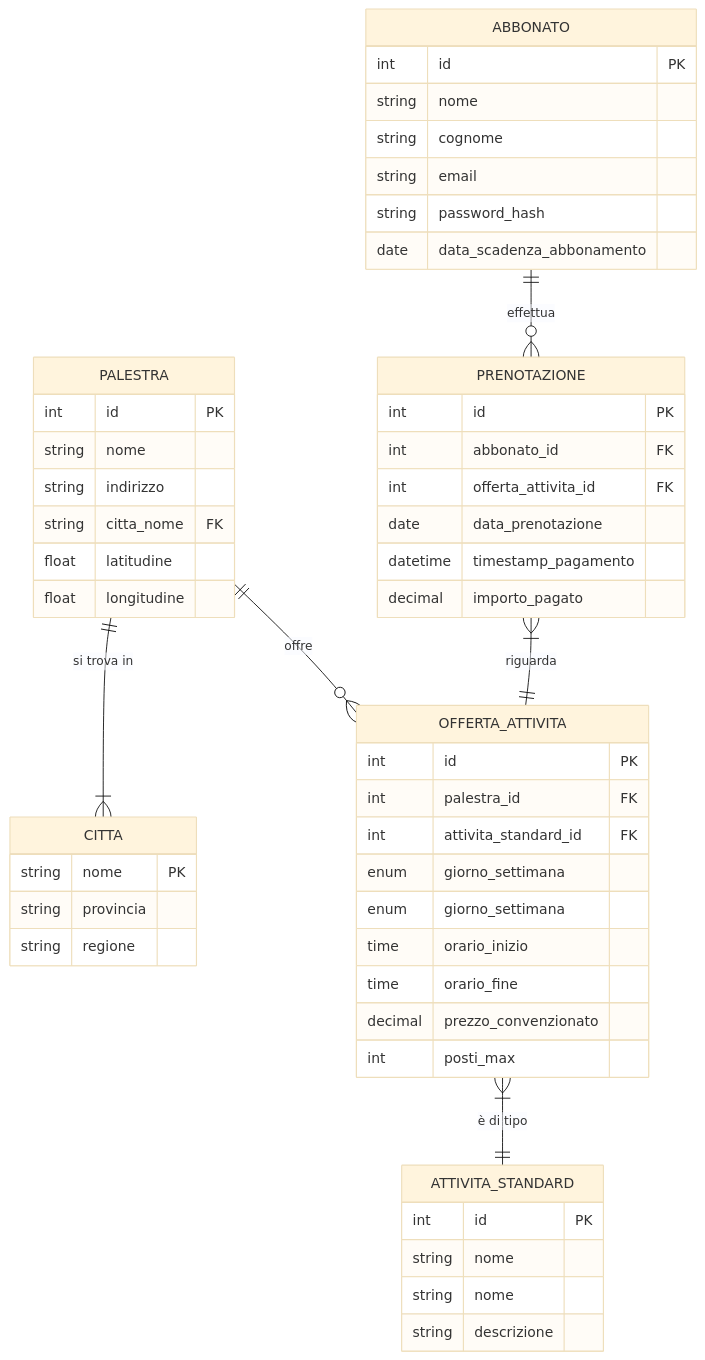
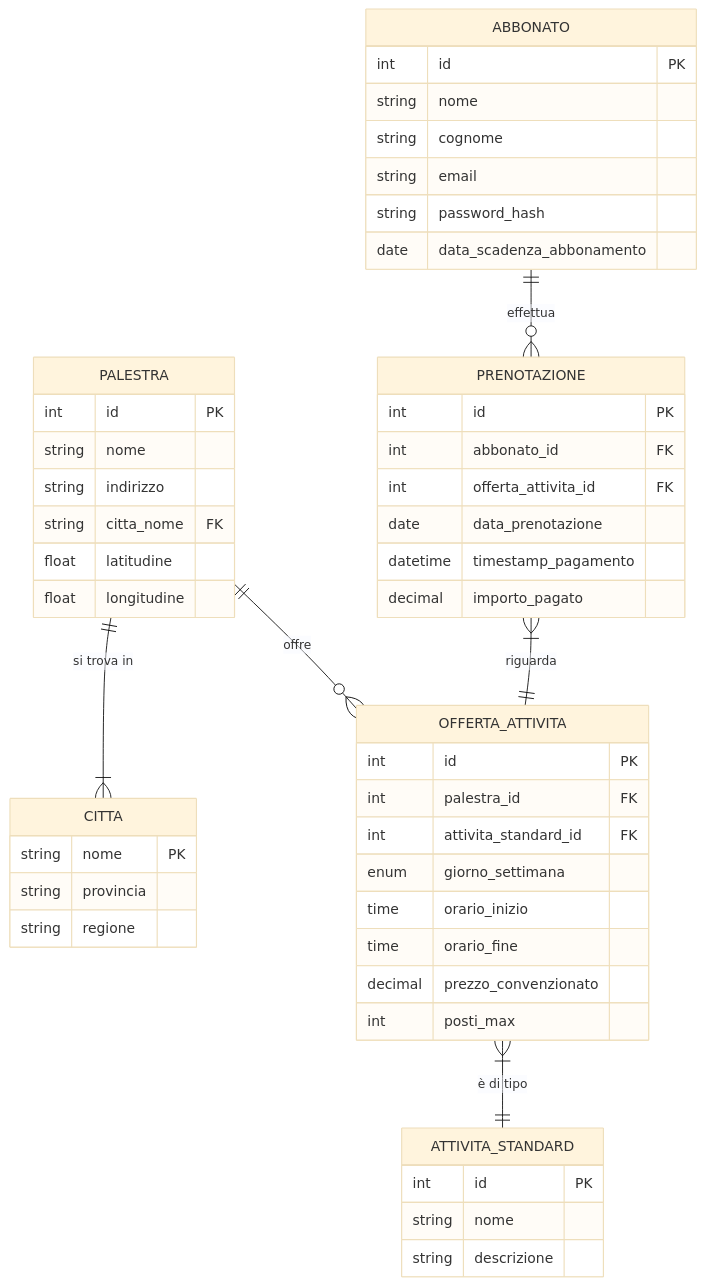
The diagram in exams/state_exams/A038_SUP23/soluzione_A038_SUP23.md (angelogalantiscuola/2425_5M), drawn with Mermaid (base theme) before and after one commit. The commit also changed other lines of this file, not shown here.

Commit message:
Refactor SQL queries and remove duplicate fields in ER diagram for improved clarity

````diff
--- a/exams/state_exams/A038_SUP23/soluzione_A038_SUP23.md
+++ b/exams/state_exams/A038_SUP23/soluzione_A038_SUP23.md
@@ -64,60 +64,58 @@
 ```mermaid
 erDiagram
     CITTA {
         string nome PK
         string provincia
         string regione
     }
     
     PALESTRA {
         int id PK
         string nome
         string indirizzo
         string citta_nome FK
         float latitudine
         float longitudine
     }
 
     ATTIVITA_STANDARD {
         int id PK
         string nome
-        string nome
         string descrizione
     }
 
     OFFERTA_ATTIVITA {
         int id PK
         int palestra_id FK
         int attivita_standard_id FK
-        enum giorno_settimana
         enum giorno_settimana
         time orario_inizio
         time orario_fine
         decimal prezzo_convenzionato
         int posti_max
     }
 
     ABBONATO {
         int id PK
         string nome
         string cognome
         string email
         string password_hash
         date data_scadenza_abbonamento
     }
 
     PRENOTAZIONE {
         int id PK
         int abbonato_id FK
         int offerta_attivita_id FK
         date data_prenotazione
         datetime timestamp_pagamento
         decimal importo_pagato
     }
 
     PALESTRA ||--|{ CITTA : "si trova in"
     PALESTRA ||--o{ OFFERTA_ATTIVITA : "offre"
     OFFERTA_ATTIVITA }|--|| ATTIVITA_STANDARD : "è di tipo"
     ABBONATO ||--o{ PRENOTAZIONE : "effettua"
     PRENOTAZIONE }|--|| OFFERTA_ATTIVITA : "riguarda"
 ```
````
